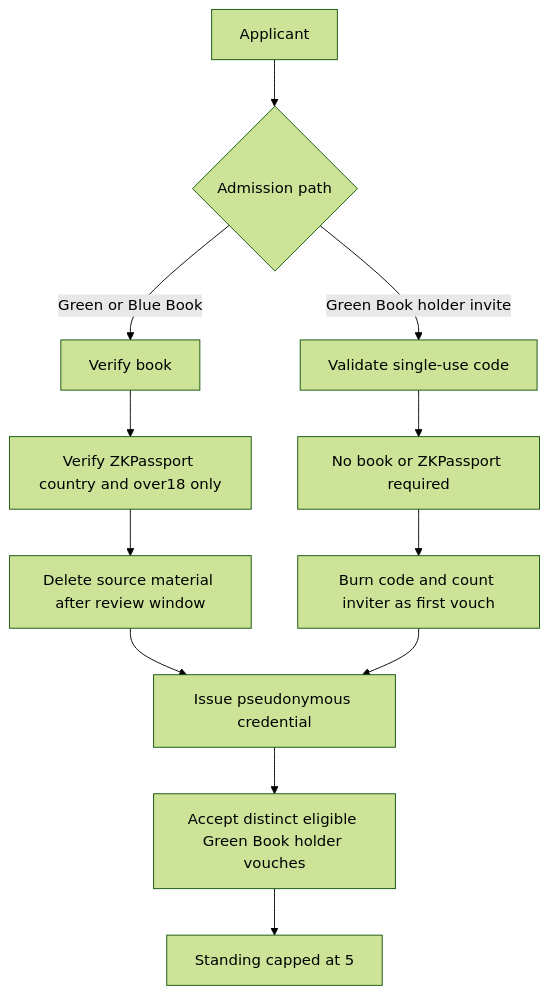
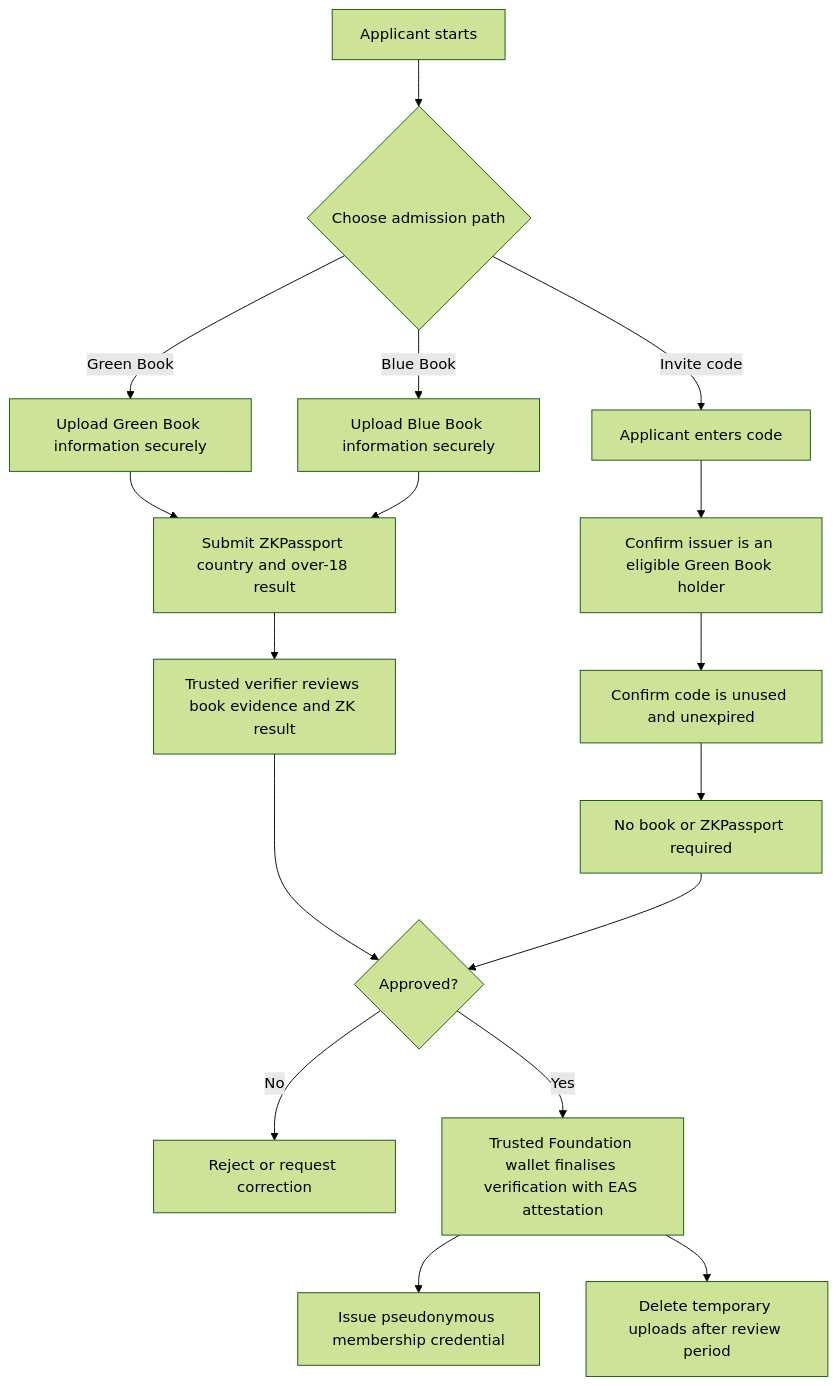
Before and after one commit to AlexJupiter/tibetan-id: the second of 5 diagrams in README.md, drawn with Mermaid (forest theme). The commit also changed other lines of this file, not shown here.

Commit message:
Simplify membership and custody flows

````diff
--- a/README.md
+++ b/README.md
@@ -89,17 +79,22 @@
 ```mermaid
 flowchart TD
-    A[Applicant] --> B{Admission path}
+    A[Applicant starts] --> B{Choose admission path}
 
-    B -->|Green or Blue Book| C[Verify book]
-    C --> D[Verify ZKPassport country and over18 only]
-    D --> E[Delete source material after review window]
+    B -->|Green Book| C[Upload Green Book information securely]
+    B -->|Blue Book| D[Upload Blue Book information securely]
+    C --> E[Submit ZKPassport country and over-18 result]
+    D --> E
+    E --> F[Trusted verifier reviews book evidence and ZK result]
 
-    B -->|Green Book holder invite| F[Validate single-use code]
-    F --> G[No book or ZKPassport required]
-    G --> H[Burn code and count inviter as first vouch]
+    B -->|Invite code| G[Applicant enters code]
+    G --> H[Confirm issuer is an eligible Green Book holder]
+    H --> I[Confirm code is unused and unexpired]
+    I --> J[No book or ZKPassport required]
 
-    E --> I[Issue pseudonymous credential]
-    H --> I
-    I --> J[Accept distinct eligible Green Book holder vouches]
-    J --> K[Standing capped at 5]
+    F --> K{Approved?}
+    J --> K
+    K -->|No| L[Reject or request correction]
+    K -->|Yes| M[Trusted Foundation wallet finalises verification with EAS attestation]
+    M --> N[Issue pseudonymous membership credential]
+    M --> O[Delete temporary uploads after review period]
 ```
````
